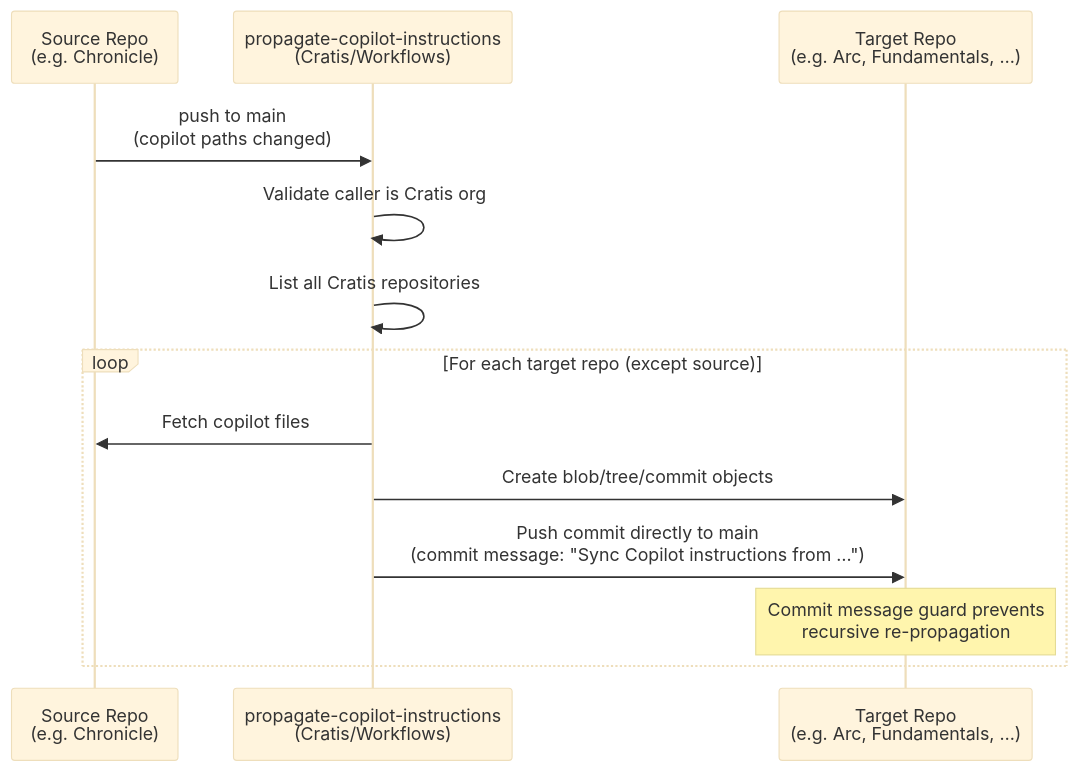
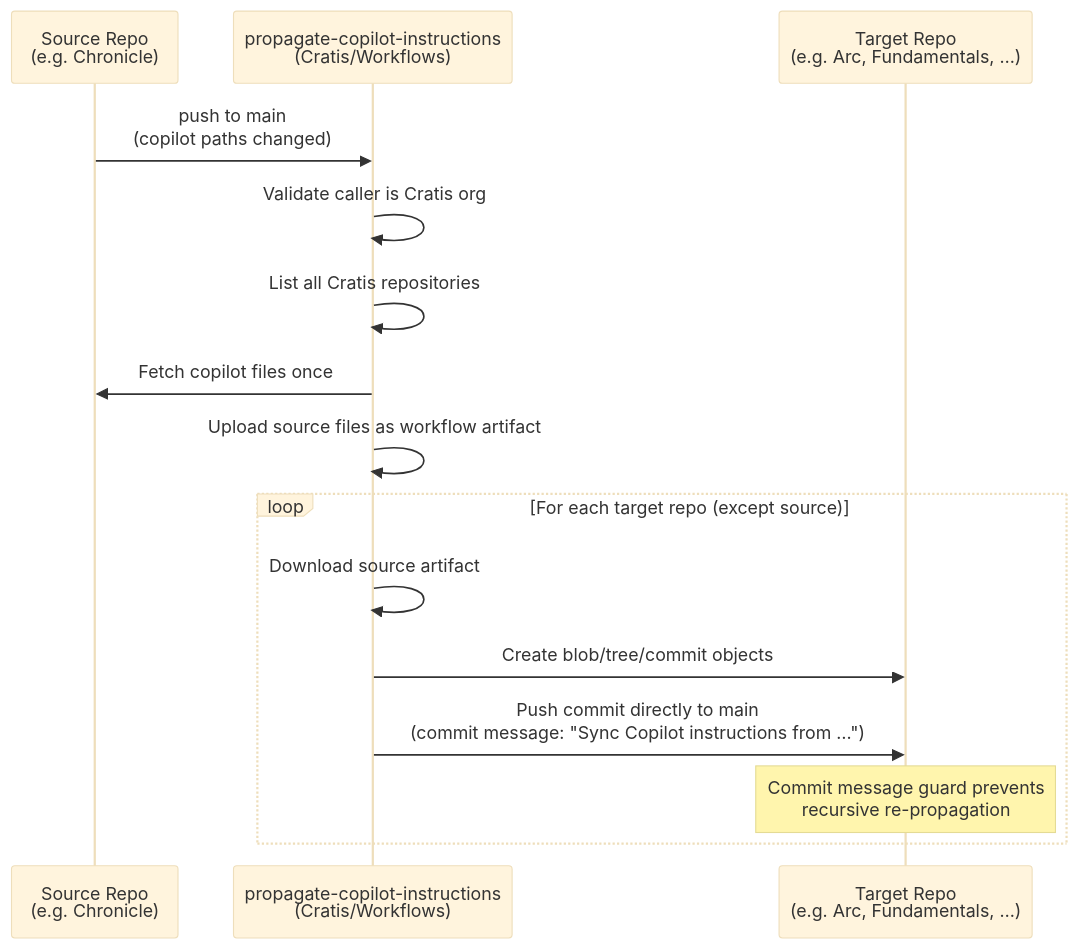
The first of 2 diagrams in README.md (Cratis/Workflows), drawn with Mermaid (base theme) before and after one commit. The commit also changed other lines of this file and 7 other files, not shown here.

````diff
--- a/README.md
+++ b/README.md
@@ -196,16 +204,18 @@
 ```mermaid
 sequenceDiagram
     participant Source as Source Repo<br/>(e.g. Chronicle)
     participant Propagate as propagate-copilot-instructions<br/>(Cratis/Workflows)
     participant Target as Target Repo<br/>(e.g. Arc, Fundamentals, …)
 
     Source->>Propagate: push to main<br/>(copilot paths changed)
     Propagate->>Propagate: Validate caller is Cratis org
     Propagate->>Propagate: List all Cratis repositories
+    Propagate->>Source: Fetch copilot files once
+    Propagate->>Propagate: Upload source files as workflow artifact
     loop For each target repo (except source)
-        Propagate->>Source: Fetch copilot files
+        Propagate->>Propagate: Download source artifact
         Propagate->>Target: Create blob/tree/commit objects
         Propagate->>Target: Push commit directly to main<br/>(commit message: "Sync Copilot instructions from …")
         Note over Target: Commit message guard prevents<br/>recursive re-propagation
     end
 ```
````
